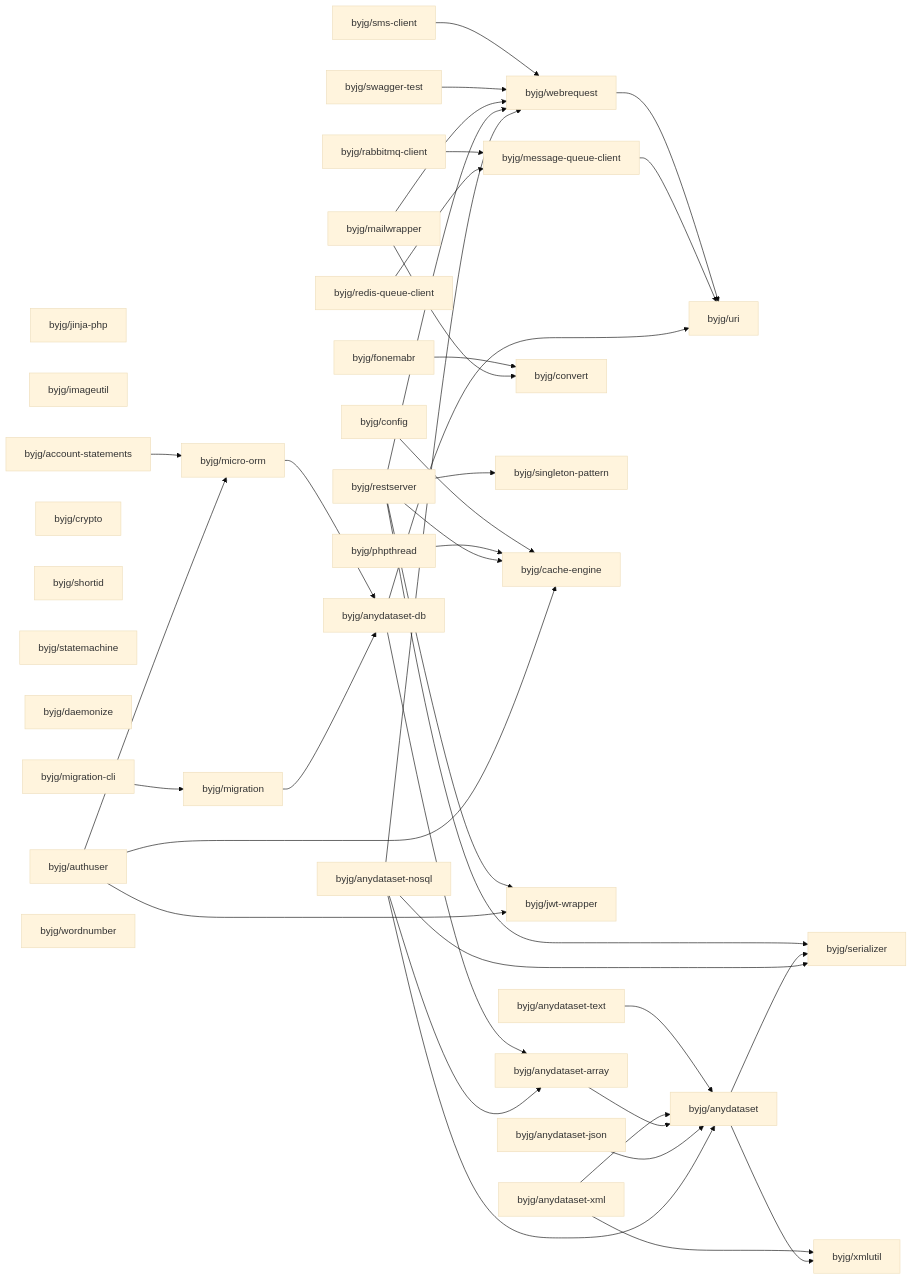
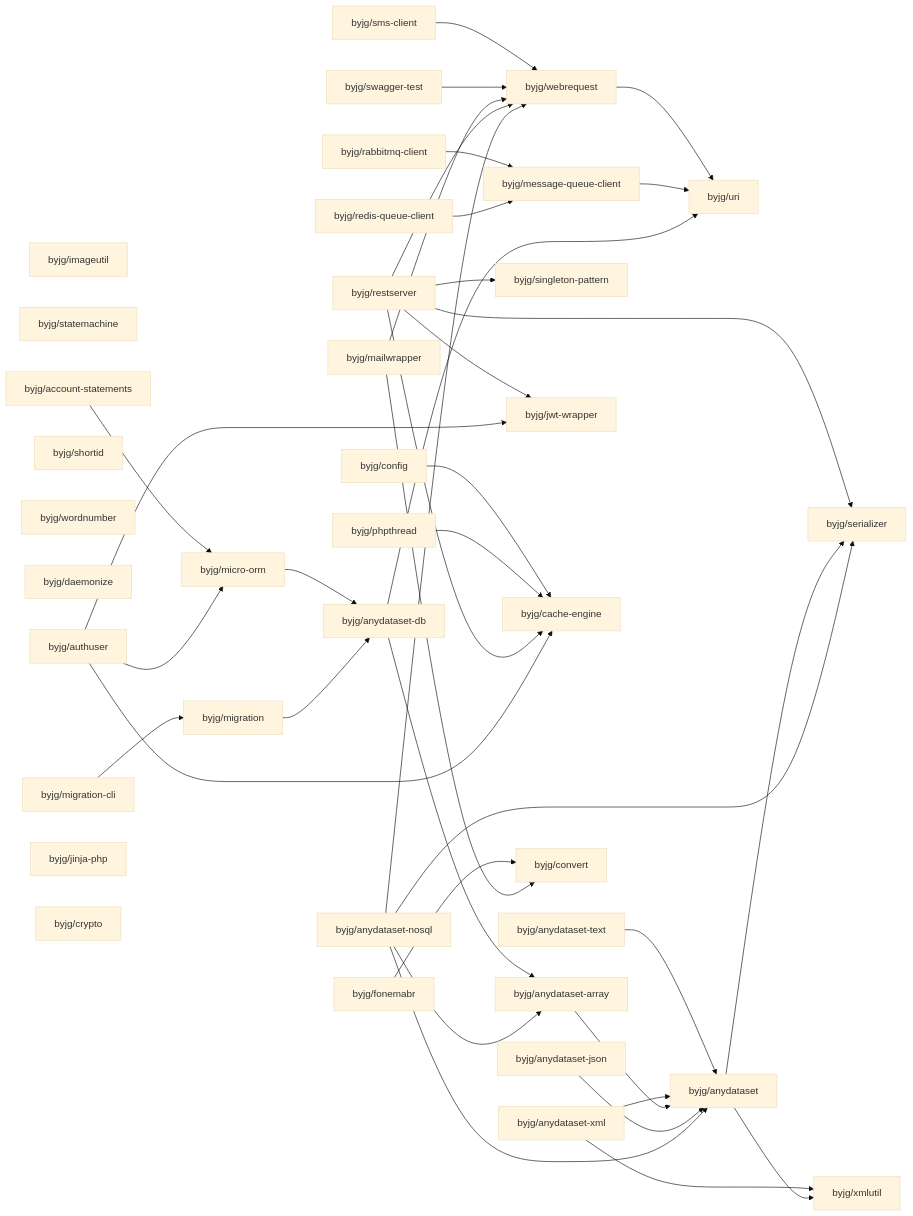
The diagram in php/README.md (byjg/byjg.github.io), drawn with Mermaid (base theme) before and after one commit. The commit also changed other lines of this file and 1 other file, not shown here.

````diff
--- a/php/README.md
+++ b/php/README.md
@@ -3,76 +3,76 @@
 ```mermaid
 graph LR;
+  byjg/phpthread;
+  byjg/sms-client;
+  byjg/anydataset-json;
+  byjg/imageutil;
+  byjg/statemachine;
+  byjg/account-statements;
+  byjg/swagger-test;
+  byjg/shortid;
+  byjg/anydataset-nosql;
+  byjg/mailwrapper;
+  byjg/wordnumber;
+  byjg/daemonize;
+  byjg/authuser;
+  byjg/restserver;
+  byjg/migration-cli;
+  byjg/config;
   byjg/jinja-php;
-  byjg/mailwrapper;
-  byjg/swagger-test;
-  byjg/sms-client;
-  byjg/imageutil;
+  byjg/crypto;
+  byjg/rabbitmq-client;
   byjg/anydataset-text;
-  byjg/authuser;
-  byjg/crypto;
-  byjg/shortid;
-  byjg/anydataset-json;
-  byjg/config;
-  byjg/statemachine;
   byjg/redis-queue-client;
   byjg/fonemabr;
-  byjg/phpthread;
   byjg/anydataset-xml;
-  byjg/daemonize;
-  byjg/restserver;
-  byjg/account-statements;
-  byjg/migration-cli;
-  byjg/rabbitmq-client;
-  byjg/anydataset-nosql;
-  byjg/wordnumber;
+  byjg/micro-orm;
+  byjg/singleton-pattern;
+  byjg/webrequest;
+  byjg/jwt-wrapper;
+  byjg/migration;
+  byjg/cache-engine;
+  byjg/message-queue-client;
   byjg/convert;
-  byjg/singleton-pattern;
-  byjg/cache-engine;
-  byjg/jwt-wrapper;
-  byjg/micro-orm;
-  byjg/migration;
-  byjg/message-queue-client;
-  byjg/webrequest;
   byjg/anydataset-db;
   byjg/anydataset-array;
   byjg/uri;
   byjg/anydataset;
   byjg/serializer;
   byjg/xmlutil;
   byjg/sms-client --> byjg/webrequest;
   byjg/fonemabr --> byjg/convert;
   byjg/config --> byjg/cache-engine;
   byjg/anydataset-text --> byjg/anydataset;
   byjg/webrequest --> byjg/uri;
   byjg/account-statements --> byjg/micro-orm;
   byjg/rabbitmq-client --> byjg/message-queue-client;
   byjg/micro-orm --> byjg/anydataset-db;
   byjg/phpthread --> byjg/cache-engine;
   byjg/swagger-test --> byjg/webrequest;
   byjg/anydataset-xml --> byjg/anydataset;
   byjg/anydataset-xml --> byjg/xmlutil;
   byjg/anydataset-array --> byjg/anydataset;
   byjg/mailwrapper --> byjg/convert;
   byjg/mailwrapper --> byjg/webrequest;
   byjg/message-queue-client --> byjg/uri;
   byjg/anydataset-db --> byjg/anydataset-array;
   byjg/anydataset-db --> byjg/uri;
   byjg/anydataset-json --> byjg/anydataset;
   byjg/migration --> byjg/anydataset-db;
   byjg/redis-queue-client --> byjg/message-queue-client;
   byjg/restserver --> byjg/serializer;
   byjg/restserver --> byjg/singleton-pattern;
   byjg/restserver --> byjg/cache-engine;
   byjg/restserver --> byjg/webrequest;
   byjg/restserver --> byjg/jwt-wrapper;
   byjg/authuser --> byjg/micro-orm;
   byjg/authuser --> byjg/cache-engine;
   byjg/authuser --> byjg/jwt-wrapper;
   byjg/migration-cli --> byjg/migration;
   byjg/anydataset --> byjg/serializer;
   byjg/anydataset --> byjg/xmlutil;
   byjg/anydataset-nosql --> byjg/anydataset;
   byjg/anydataset-nosql --> byjg/anydataset-array;
   byjg/anydataset-nosql --> byjg/serializer;
   byjg/anydataset-nosql --> byjg/webrequest;
 ```
````
